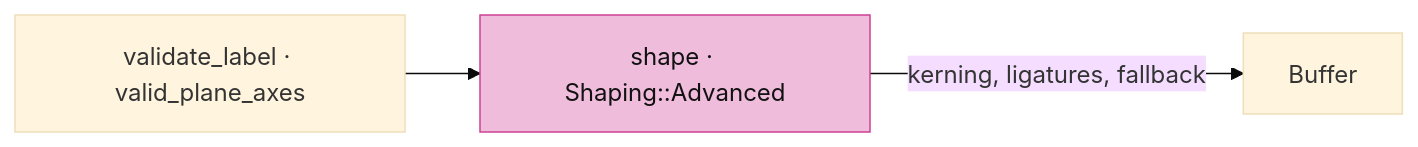
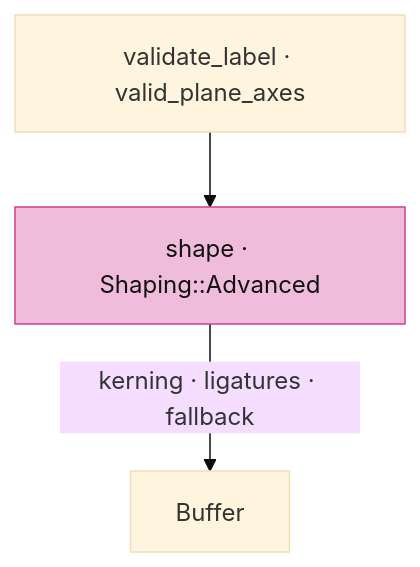
Before and after one commit to petrasvestartas/session: the eighth of 10 diagrams in session_viewer/docs/10-text-layout.md, drawn with Mermaid (base theme). The commit also changed other lines of this file and 34 other files, not shown here.

First line of the commit message:
Course: each lesson teaches its file's final form; diagrams fit the column

````diff
--- a/session_viewer/docs/10-text-layout.md
+++ b/session_viewer/docs/10-text-layout.md
@@ -119,6 +119,6 @@
 ```mermaid
-flowchart LR
+flowchart TB
     A["validate_label · valid_plane_axes"] --> B["shape · Shaping::Advanced"]
-    B -- "kerning, ligatures, fallback" --> C["Buffer"]
+    B -- "kerning · ligatures · fallback" --> C["Buffer"]
     style B fill:#f0bcdb,stroke:#ce4095,color:#111
 ```
````
